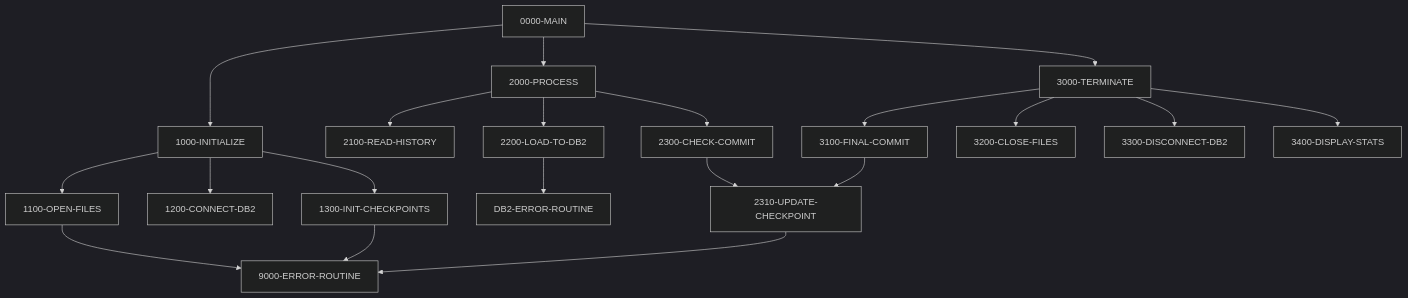
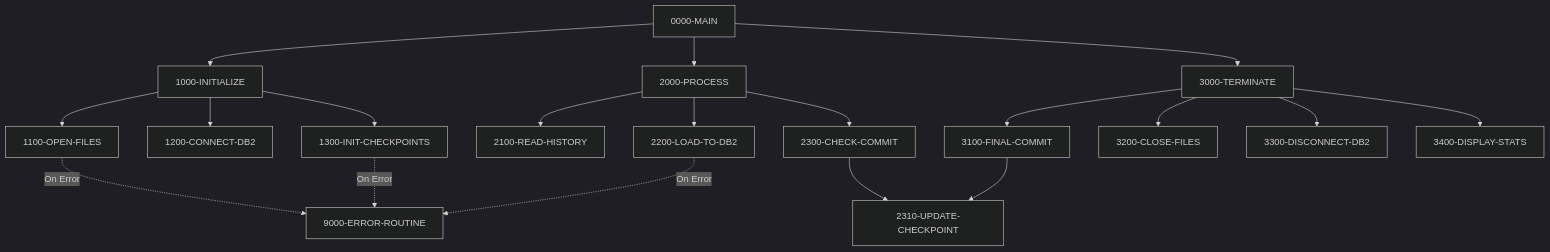
One commit to haladir-com/legacy-benchmark-docs-vb70e1 changed the diagram in docs/programs/HISTLD00.mdx. Above: the diagram before and after it, drawn with Mermaid (dark theme). The commit also changed other lines of this file and 63 other files, not shown here.

````diff
--- a/docs/programs/HISTLD00.mdx
+++ b/docs/programs/HISTLD00.mdx
@@ -16,27 +16,25 @@
 ```mermaid
 graph TD
-    A["0000-MAIN"] --> B["1000-INITIALIZE"]
-    A --> C["2000-PROCESS"]
-    A --> D["3000-TERMINATE"]
+    A[0000-MAIN] --> B[1000-INITIALIZE]
+    A --> C[2000-PROCESS]
+    A --> D[3000-TERMINATE]
     
-    B --> B1["1100-OPEN-FILES"]
-    B --> B2["1200-CONNECT-DB2"]
-    B --> B3["1300-INIT-CHECKPOINTS"]
+    B --> B1[1100-OPEN-FILES]
+    B --> B2[1200-CONNECT-DB2]
+    B --> B3[1300-INIT-CHECKPOINTS]
     
-    C --> C1["2100-READ-HISTORY"]
-    C --> C2["2200-LOAD-TO-DB2"]
-    C --> C3["2300-CHECK-COMMIT"]
-    C3 --> C4["2310-UPDATE-CHECKPOINT"]
+    C --> C1[2100-READ-HISTORY]
+    C --> C2[2200-LOAD-TO-DB2]
+    C --> C3[2300-CHECK-COMMIT]
+    C3 --> C4[2310-UPDATE-CHECKPOINT]
     
-    D --> D1["3100-FINAL-COMMIT"]
-    D --> D2["3200-CLOSE-FILES"]
-    D --> D3["3300-DISCONNECT-DB2"]
-    D --> D4["3400-DISPLAY-STATS"]
+    D --> D1[3100-FINAL-COMMIT]
+    D1 --> C4
+    D --> D2[3200-CLOSE-FILES]
+    D --> D3[3300-DISCONNECT-DB2]
+    D --> D4[3400-DISPLAY-STATS]
     
-    B1 --> E["9000-ERROR-ROUTINE"]
-    B3 --> E
-    C2 --> F["DB2-ERROR-ROUTINE"]
-    C4 --> E
-    
-    D1 --> C4
+    C2 -.->|On Error| E[9000-ERROR-ROUTINE]
+    B1 -.->|On Error| E
+    B3 -.->|On Error| E
 ```
````
